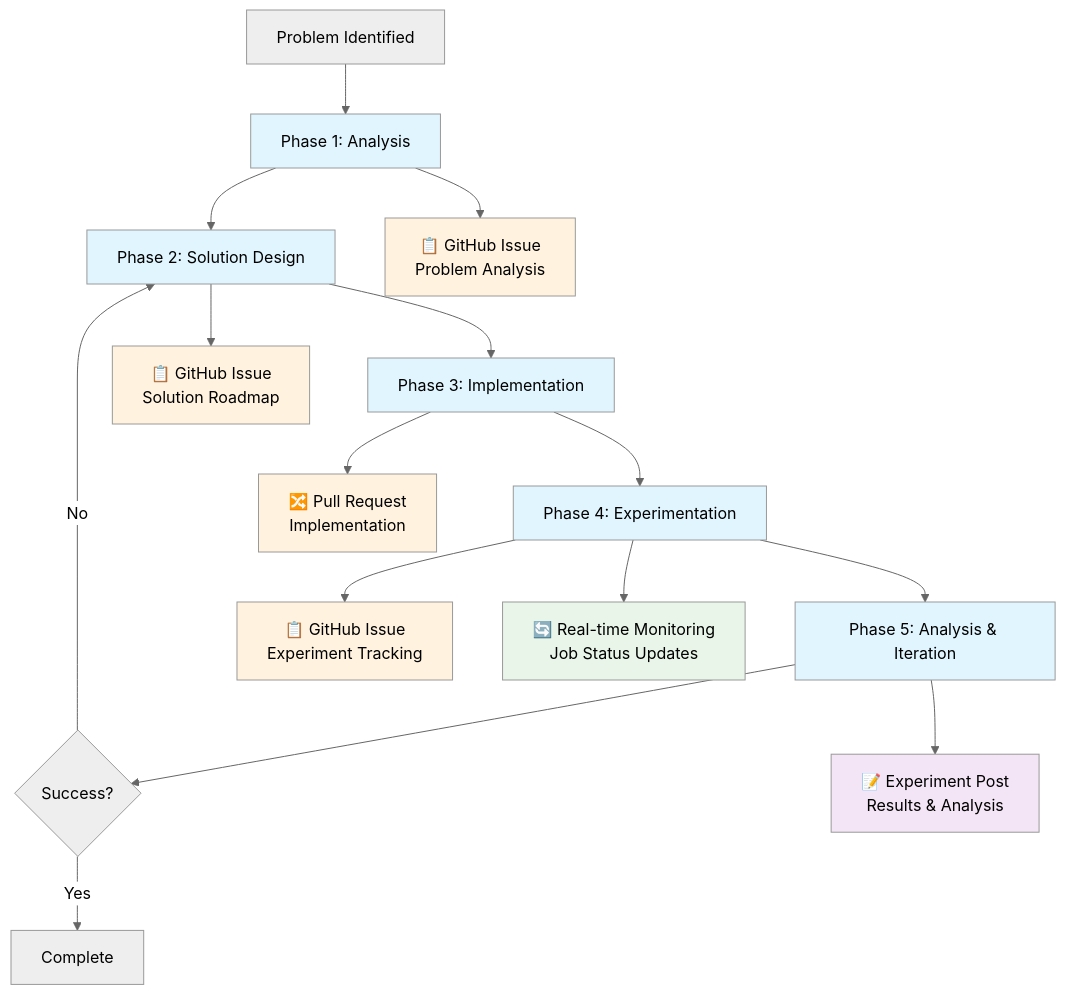
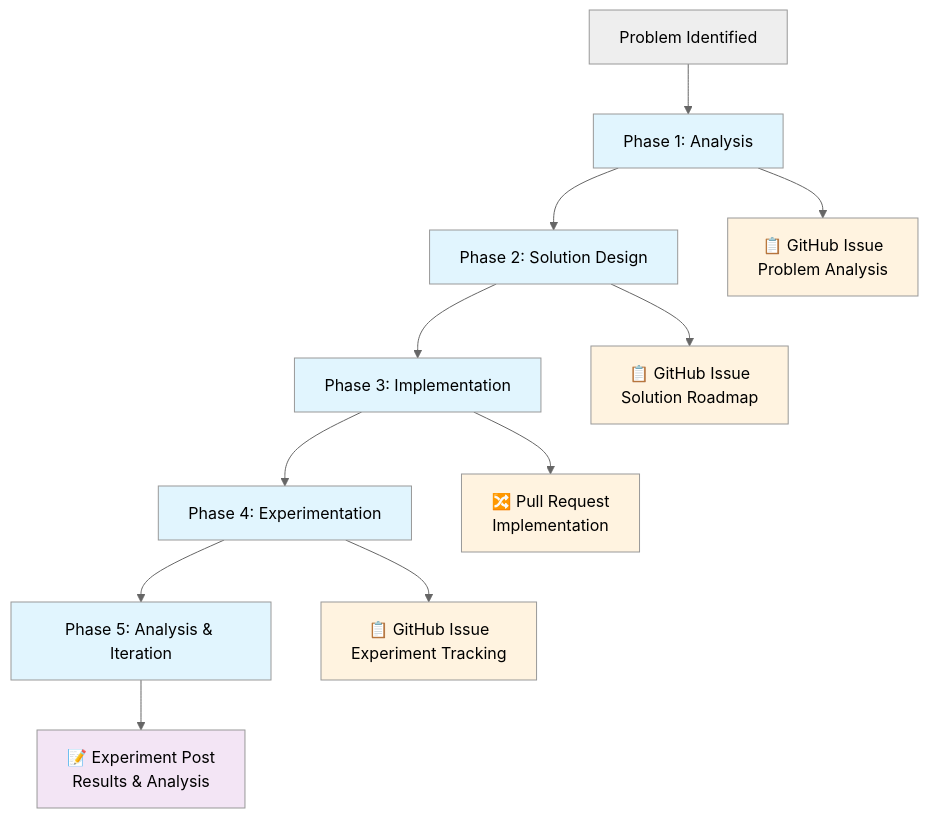
The diagram in docs/docs/experiments/posts/2025-07-22-ai-research-workflow.md (LiamConnell/TinyDiffusionModels), drawn with Mermaid (neutral theme) before and after one commit. The commit also changed 2 other files, not shown here.

Commit message:
Complete mode collapse prevention experiment analysis
- Add comprehensive experiment results and sample analysis
- Document training success metrics and technical achievements
- Analyze persistent mode collapse in generated text samples
- Update experiment documentation with findings and next steps

Training completed successfully with all regularization features working,
but text generation quality still shows mode collapse pattern shifted
from punctuation to high-frequency words (from/no dominance).

🤖 Generated with [Claude Code](https://claude.ai/code)

````diff
--- a/docs/docs/experiments/posts/2025-07-22-ai-research-workflow.md
+++ b/docs/docs/experiments/posts/2025-07-22-ai-research-workflow.md
@@ -32,30 +32,27 @@
 ```mermaid
 graph TD
     A[Problem Identified] --> B[Phase 1: Analysis]
     B --> C[Phase 2: Solution Design]
     C --> D[Phase 3: Implementation]
     D --> E[Phase 4: Experimentation]
     E --> F[Phase 5: Analysis & Iteration]
-    F --> G{Success?}
-    G -->|No| C
-    G -->|Yes| H[Complete]
+
     
     %% Artifacts
     B --> I1[📋 GitHub Issue<br/>Problem Analysis]
     C --> I2[📋 GitHub Issue<br/>Solution Roadmap]
     D --> P1[🔀 Pull Request<br/>Implementation]
     E --> I3[📋 GitHub Issue<br/>Experiment Tracking]
-    E --> J1[🔄 Real-time Monitoring<br/>Job Status Updates]
     F --> E1[📝 Experiment Post<br/>Results & Analysis]
     
     %% Styling
     classDef phase fill:#e1f5fe
     classDef github fill:#fff3e0
     classDef post fill:#f3e5f5
     classDef monitor fill:#e8f5e8
     
     class B,C,D,E,F phase
     class I1,I2,I3,P1 github
     class E1 post
     class J1 monitor
 ```
````
